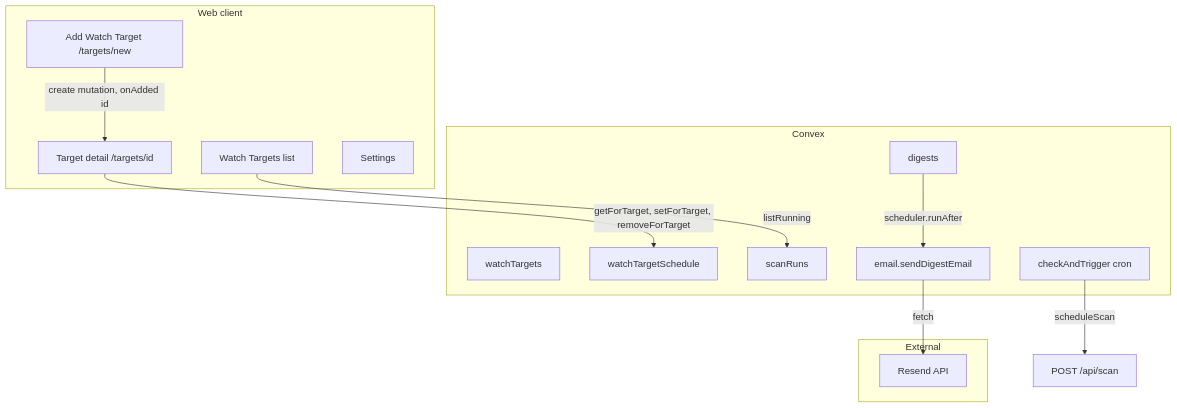
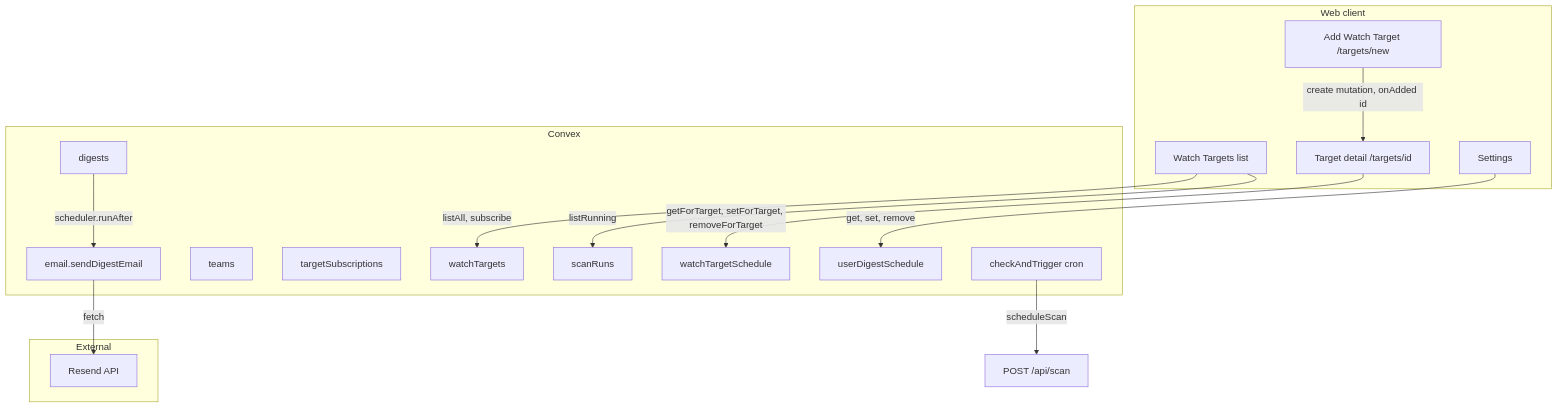
One commit to nll-ai/compass changed the diagram in docs/HLD.md. Above: the diagram before and after it, drawn with Mermaid. The commit also changed other lines of this file and 20 other files, not shown here.

First line of the commit message:
feat: combined digest email, global schedule, teams & subscriptions

````diff
--- a/docs/HLD.md
+++ b/docs/HLD.md
@@ -93,29 +100,34 @@
 ```mermaid
 flowchart TB
   subgraph client [Web client]
     TargetsPage[Watch Targets list]
     NewTarget[Add Watch Target /targets/new]
     TargetDetail[Target detail /targets/id]
     Settings[Settings]
   end
 
   subgraph convex [Convex]
     WT[watchTargets]
+    Teams[teams]
+    Subs[targetSubscriptions]
+    UDS[userDigestSchedule]
     WTS[watchTargetSchedule]
     scanRuns[scanRuns]
     Digests[digests]
     EmailAction[email.sendDigestEmail]
     Cron[checkAndTrigger cron]
   end
 
   subgraph external [External]
     Resend[Resend API]
   end
 
   NewTarget -->|create mutation, onAdded id| TargetDetail
   TargetDetail -->|getForTarget, setForTarget, removeForTarget| WTS
+  Settings -->|get, set, remove| UDS
+  TargetsPage -->|listAll, subscribe| WT
   TargetsPage -->|listRunning| scanRuns[scanRuns]
   Cron -->|scheduleScan| ScanAPI[POST /api/scan]
   Digests -->|scheduler.runAfter| EmailAction
   EmailAction -->|fetch| Resend
 ```
````
